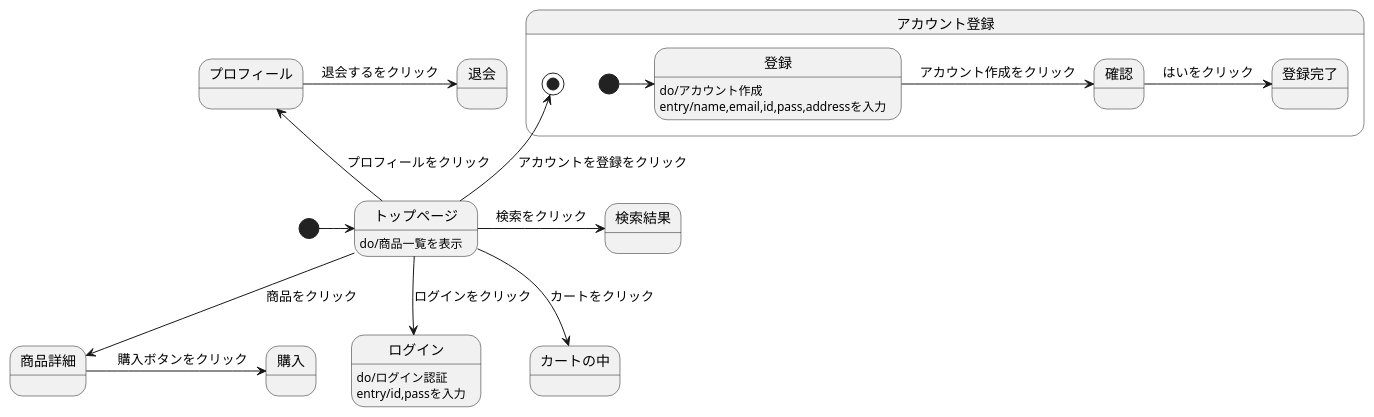
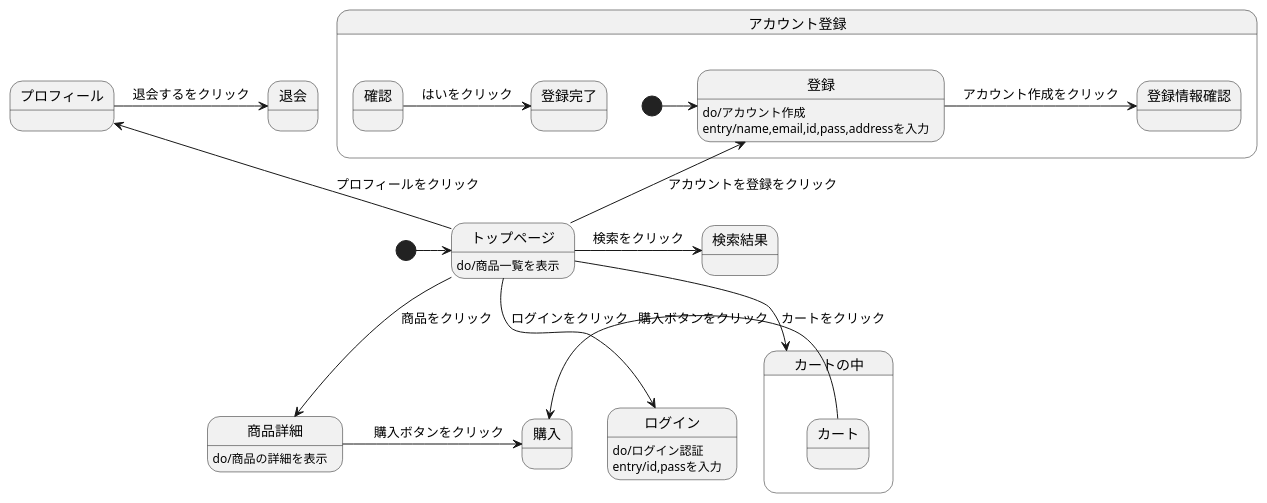
Before and after one commit to Aso2001159/2021sys-design: the diagram in stm01.md, drawn with PlantUML.

````diff
--- a/stm01.md
+++ b/stm01.md
@@ -1,25 +1,29 @@
 ```uml
 
 @startuml
 [*]->トップページ
 トップページ : do/商品一覧を表示
 トップページ-->商品詳細 : 商品をクリック
+  商品詳細 : do/商品の詳細を表示
   商品詳細->購入 :　購入ボタンをクリック
 トップページ-down->ログイン :ログインをクリック
   ログイン : do/ログイン認証
   ログイン : entry/id,passを入力
 トップページ-->カートの中 :カートをクリック
+state カートの中{
+  カート -> 購入 : 購入ボタンをクリック
+}
 state アカウント登録{
 [*]-> 登録 
-  トップページ-up-> [*] :アカウントを登録をクリック
+  トップページ-up-> 登録 :アカウントを登録をクリック
   登録 : do/アカウント作成
   登録 : entry/name,email,id,pass,addressを入力
-  登録 ->確認: アカウント作成をクリック
+  登録 ->登録情報確認: アカウント作成をクリック
   確認 -> 登録完了: はいをクリック
   }
 トップページ->検索結果 :検索をクリック
 トップページ-up->プロフィール :プロフィールをクリック
   プロフィール->退会 :退会するをクリック
 @enduml
 
 ```
````
